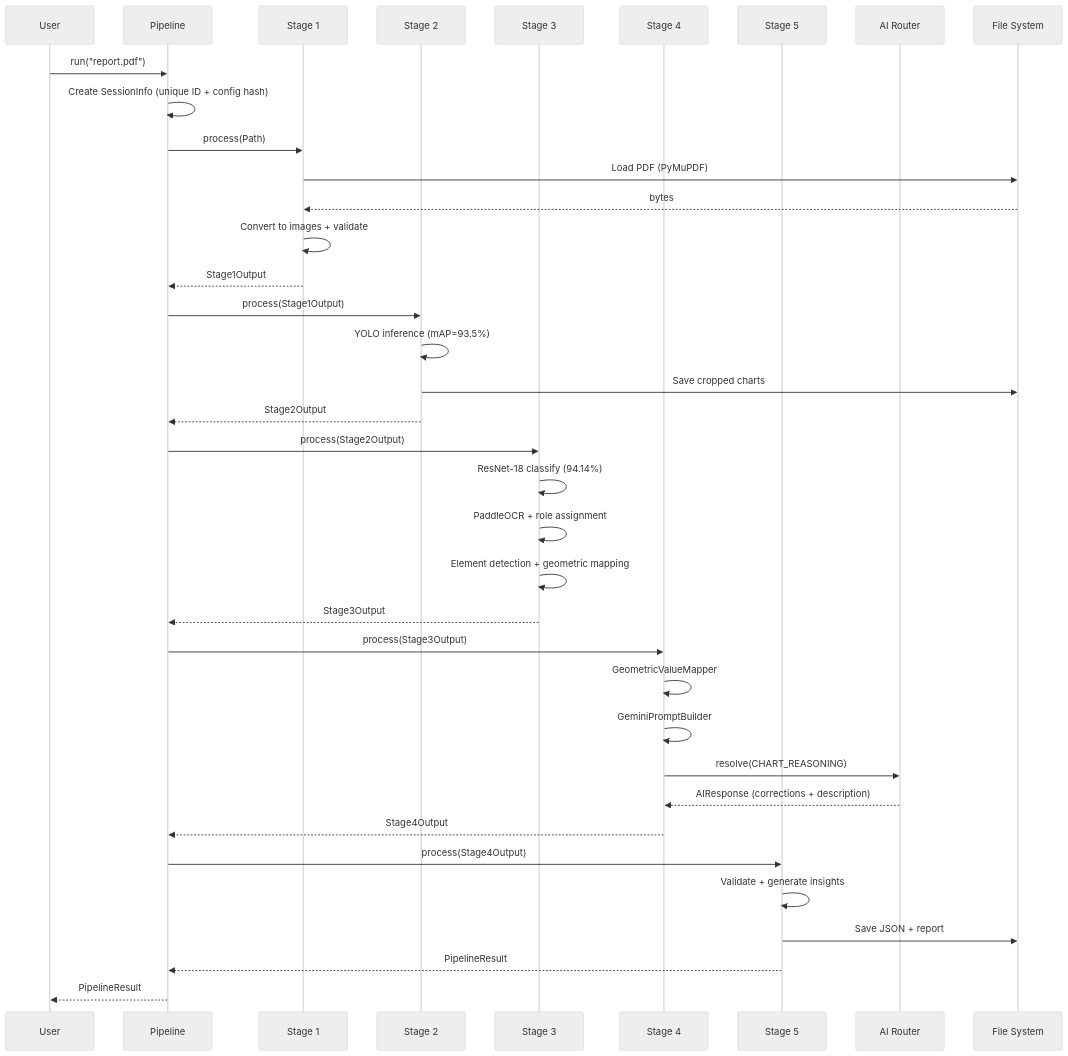
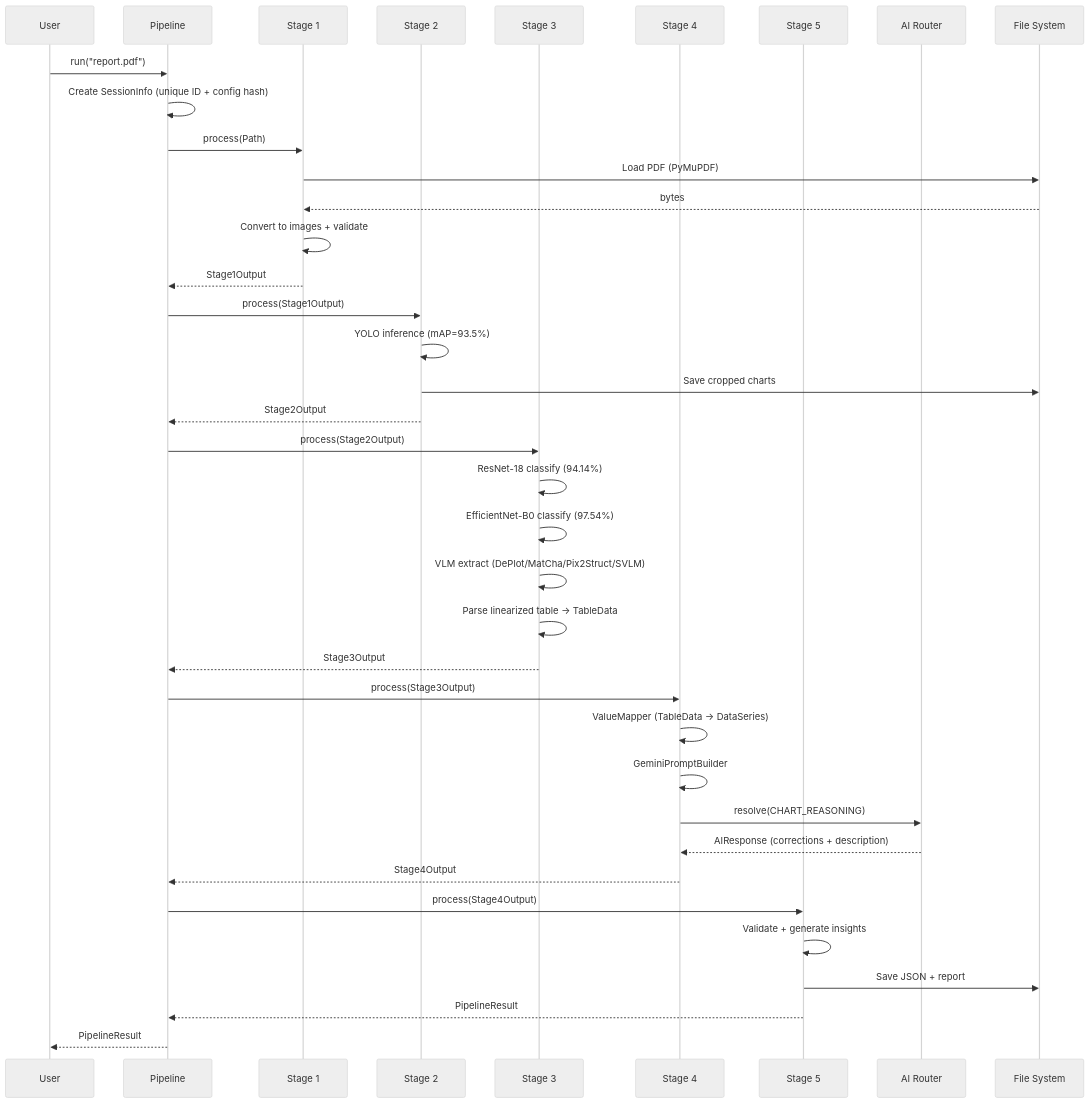
The second of 4 diagrams in docs/architecture/SYSTEM_OVERVIEW.md (thatlq1812/chart_analysis_ai_v3), drawn with Mermaid (neutral theme) before and after one commit. The commit also changed other lines of this file and 50 other files, not shown here.

First line of the commit message:
feat: Add unified benchmark runner and chart extraction backends

````diff
--- a/docs/architecture/SYSTEM_OVERVIEW.md
+++ b/docs/architecture/SYSTEM_OVERVIEW.md
@@ -247,46 +239,47 @@
 ```mermaid
 sequenceDiagram
     participant User
     participant Pipeline
     participant S1 as Stage 1
     participant S2 as Stage 2
     participant S3 as Stage 3
     participant S4 as Stage 4
     participant S5 as Stage 5
     participant Router as AI Router
     participant FS as File System
 
     User->>Pipeline: run("report.pdf")
     Pipeline->>Pipeline: Create SessionInfo (unique ID + config hash)
 
     Pipeline->>S1: process(Path)
     S1->>FS: Load PDF (PyMuPDF)
     FS-->>S1: bytes
     S1->>S1: Convert to images + validate
     S1-->>Pipeline: Stage1Output
 
     Pipeline->>S2: process(Stage1Output)
     S2->>S2: YOLO inference (mAP=93.5%)
     S2->>FS: Save cropped charts
     S2-->>Pipeline: Stage2Output
 
     Pipeline->>S3: process(Stage2Output)
     S3->>S3: ResNet-18 classify (94.14%)
-    S3->>S3: PaddleOCR + role assignment
-    S3->>S3: Element detection + geometric mapping
+    S3->>S3: EfficientNet-B0 classify (97.54%)
+    S3->>S3: VLM extract (DePlot/MatCha/Pix2Struct/SVLM)
+    S3->>S3: Parse linearized table -> TableData
     S3-->>Pipeline: Stage3Output
 
     Pipeline->>S4: process(Stage3Output)
-    S4->>S4: GeometricValueMapper
+    S4->>S4: ValueMapper (TableData -> DataSeries)
     S4->>S4: GeminiPromptBuilder
     S4->>Router: resolve(CHART_REASONING)
     Router-->>S4: AIResponse (corrections + description)
     S4-->>Pipeline: Stage4Output
 
     Pipeline->>S5: process(Stage4Output)
     S5->>S5: Validate + generate insights
     S5->>FS: Save JSON + report
     S5-->>Pipeline: PipelineResult
 
     Pipeline-->>User: PipelineResult
 ```
````
